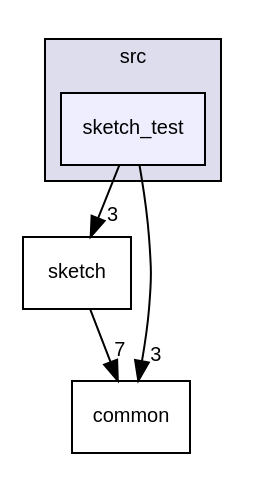
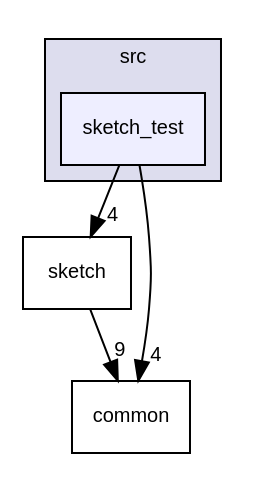
The diagram in dir_5714b091328ca2b0817cfc81eebb0222_dep.dot (N2-Sys/OmniSketch), drawn with Graphviz before and after one commit. The commit also changed 163 other files, not shown here.

```diff
--- a/dir_5714b091328ca2b0817cfc81eebb0222_dep.dot
+++ b/dir_5714b091328ca2b0817cfc81eebb0222_dep.dot
@@ -1,14 +1,14 @@
 digraph "src/sketch_test" {
   compound=true
   node [ fontsize="10", fontname="Helvetica"];
   edge [ labelfontsize="10", labelfontname="Helvetica"];
   subgraph clusterdir_68267d1309a1af8e8297ef4c3efbcdba {
     graph [ bgcolor="#ddddee", pencolor="black", label="src" fontname="Helvetica", fontsize="10", URL="dir_68267d1309a1af8e8297ef4c3efbcdba.html"]
   dir_5714b091328ca2b0817cfc81eebb0222 [shape=box, label="sketch_test", style="filled", fillcolor="#eeeeff", pencolor="black", URL="dir_5714b091328ca2b0817cfc81eebb0222.html"];
   }
   dir_ef43dc1024c8c688fd3275ab544df33f [shape=box label="sketch" URL="dir_ef43dc1024c8c688fd3275ab544df33f.html"];
   dir_fdedb0aba14d44ce9d99bc100e026e6a [shape=box label="common" URL="dir_fdedb0aba14d44ce9d99bc100e026e6a.html"];
-  dir_ef43dc1024c8c688fd3275ab544df33f->dir_fdedb0aba14d44ce9d99bc100e026e6a [headlabel="7", labeldistance=1.5 headhref="dir_000006_000003.html"];
-  dir_5714b091328ca2b0817cfc81eebb0222->dir_ef43dc1024c8c688fd3275ab544df33f [headlabel="3", labeldistance=1.5 headhref="dir_000007_000006.html"];
-  dir_5714b091328ca2b0817cfc81eebb0222->dir_fdedb0aba14d44ce9d99bc100e026e6a [headlabel="3", labeldistance=1.5 headhref="dir_000007_000003.html"];
+  dir_ef43dc1024c8c688fd3275ab544df33f->dir_fdedb0aba14d44ce9d99bc100e026e6a [headlabel="9", labeldistance=1.5 headhref="dir_000006_000003.html"];
+  dir_5714b091328ca2b0817cfc81eebb0222->dir_ef43dc1024c8c688fd3275ab544df33f [headlabel="4", labeldistance=1.5 headhref="dir_000007_000006.html"];
+  dir_5714b091328ca2b0817cfc81eebb0222->dir_fdedb0aba14d44ce9d99bc100e026e6a [headlabel="4", labeldistance=1.5 headhref="dir_000007_000003.html"];
 }
```
